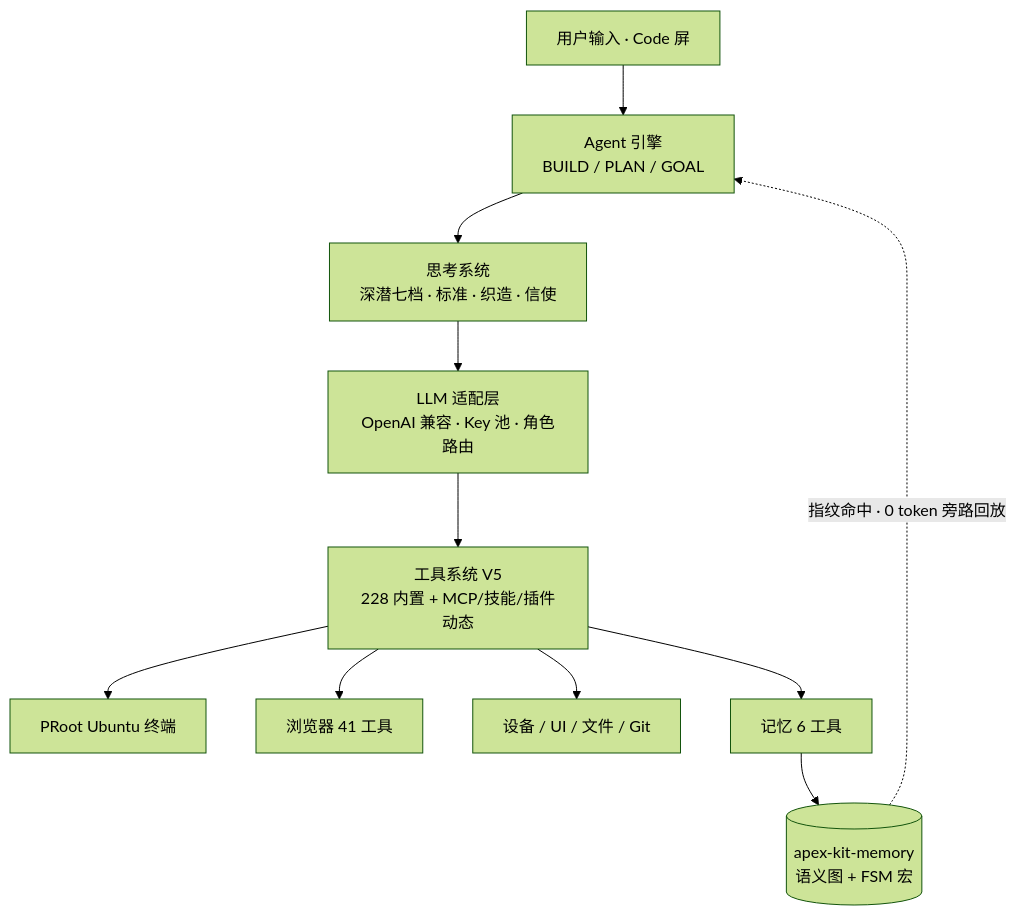
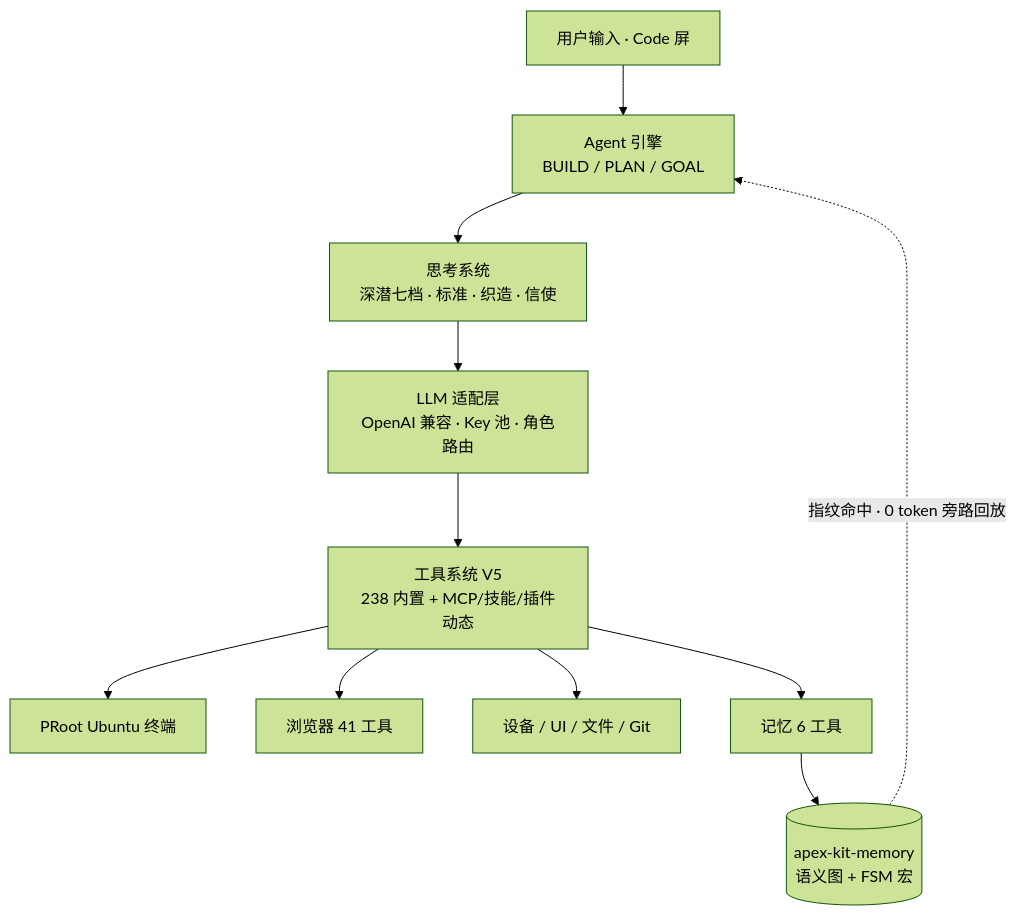
Before and after one commit to Ultra-Guru/Android-Guru-Agent: the diagram in README.md, drawn with Mermaid (forest theme). The commit also changed other lines of this file and 8 other files, not shown here.

````diff
--- a/README.md
+++ b/README.md
@@ -436,13 +437,13 @@
 ```mermaid
 flowchart TB
     U["用户输入 · Code 屏"] --> ENG["Agent 引擎<br/>BUILD / PLAN / GOAL"]
     ENG --> THINK["思考系统<br/>深潜七档 · 标准 · 织造 · 信使"]
     THINK --> LLM["LLM 适配层<br/>OpenAI 兼容 · Key 池 · 角色路由"]
-    LLM --> TOOLS["工具系统 V5<br/>228 内置 + MCP/技能/插件动态"]
+    LLM --> TOOLS["工具系统 V5<br/>238 内置 + MCP/技能/插件动态"]
     TOOLS --> T1["PRoot Ubuntu 终端"]
     TOOLS --> T2["浏览器 41 工具"]
     TOOLS --> T3["设备 / UI / 文件 / Git"]
     TOOLS --> T4["记忆 6 工具"]
     T4 --> MEM[("apex-kit-memory<br/>语义图 + FSM 宏")]
     MEM -. "指纹命中 · 0 token 旁路回放" .-> ENG
 ```
````
